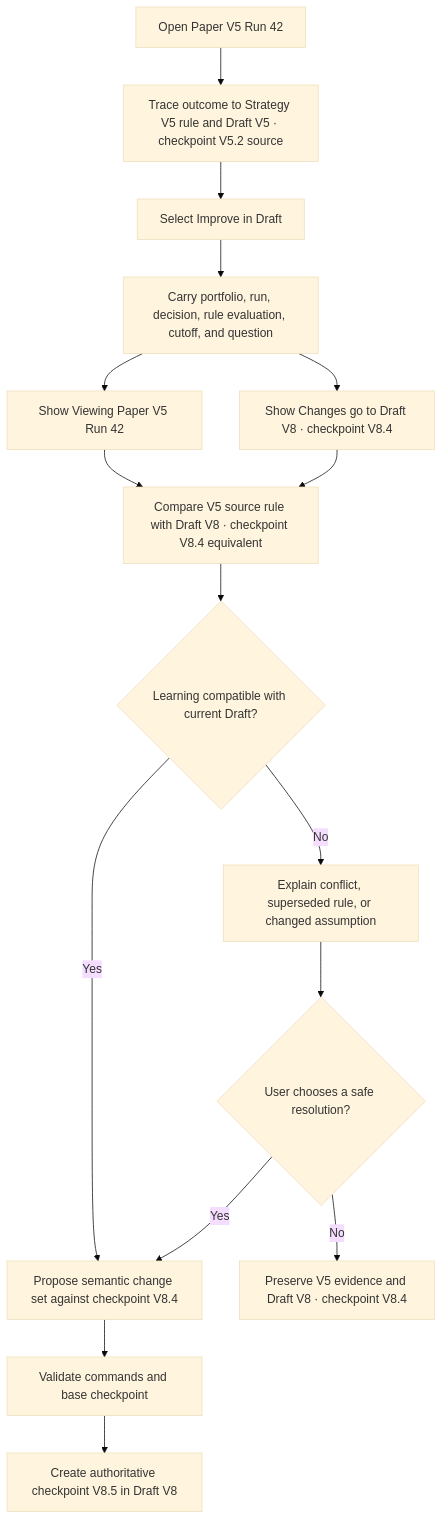
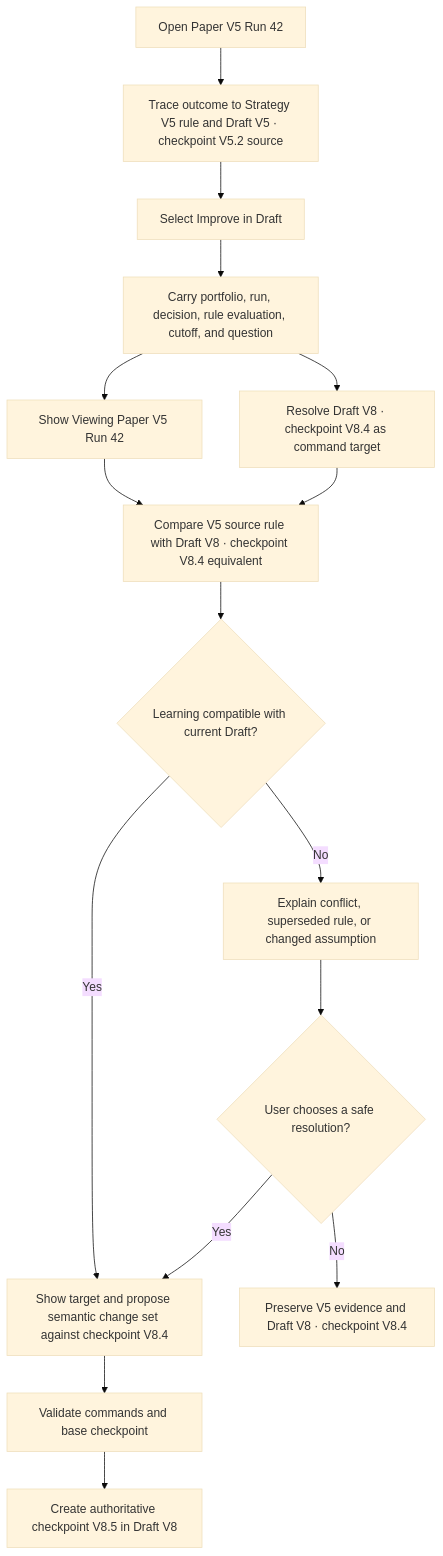
One commit to moosefroggo/vantheon-architecture changed the sixth of 17 diagrams in docs/state-diagrams.md. Above: the diagram before and after it, drawn with Mermaid (base theme). The commit also changed 10 other files, not shown here.

````diff
--- a/docs/state-diagrams.md
+++ b/docs/state-diagrams.md
@@ -188,18 +188,18 @@
 ```mermaid
 flowchart TD
     A["Open Paper V5 Run 42"] --> B["Trace outcome to Strategy V5 rule and Draft V5 · checkpoint V5.2 source"]
     B --> C["Select Improve in Draft"]
     C --> D["Carry portfolio, run, decision, rule evaluation, cutoff, and question"]
     D --> E["Show Viewing Paper V5 Run 42"]
-    D --> F["Show Changes go to Draft V8 · checkpoint V8.4"]
+    D --> F["Resolve Draft V8 · checkpoint V8.4 as command target"]
     E --> G["Compare V5 source rule with Draft V8 · checkpoint V8.4 equivalent"]
     F --> G
     G --> H{"Learning compatible with current Draft?"}
-    H -->|"Yes"| I["Propose semantic change set against checkpoint V8.4"]
+    H -->|"Yes"| I["Show target and propose semantic change set against checkpoint V8.4"]
     I --> J["Validate commands and base checkpoint"]
     J --> K["Create authoritative checkpoint V8.5 in Draft V8"]
     H -->|"No"| L["Explain conflict, superseded rule, or changed assumption"]
     L --> M{"User chooses a safe resolution?"}
     M -->|"No"| N["Preserve V5 evidence and Draft V8 · checkpoint V8.4"]
     M -->|"Yes"| I
 ```
````
